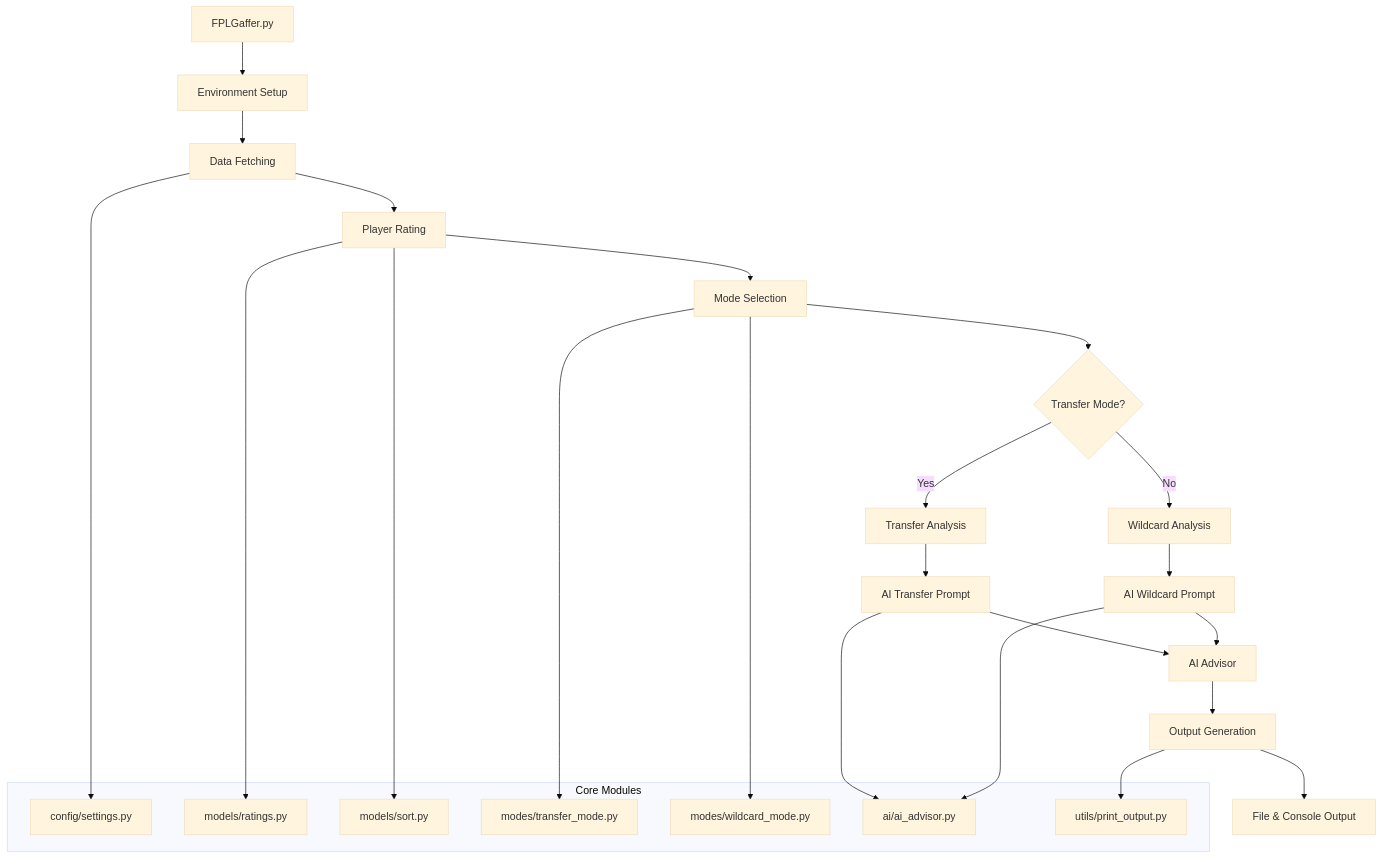
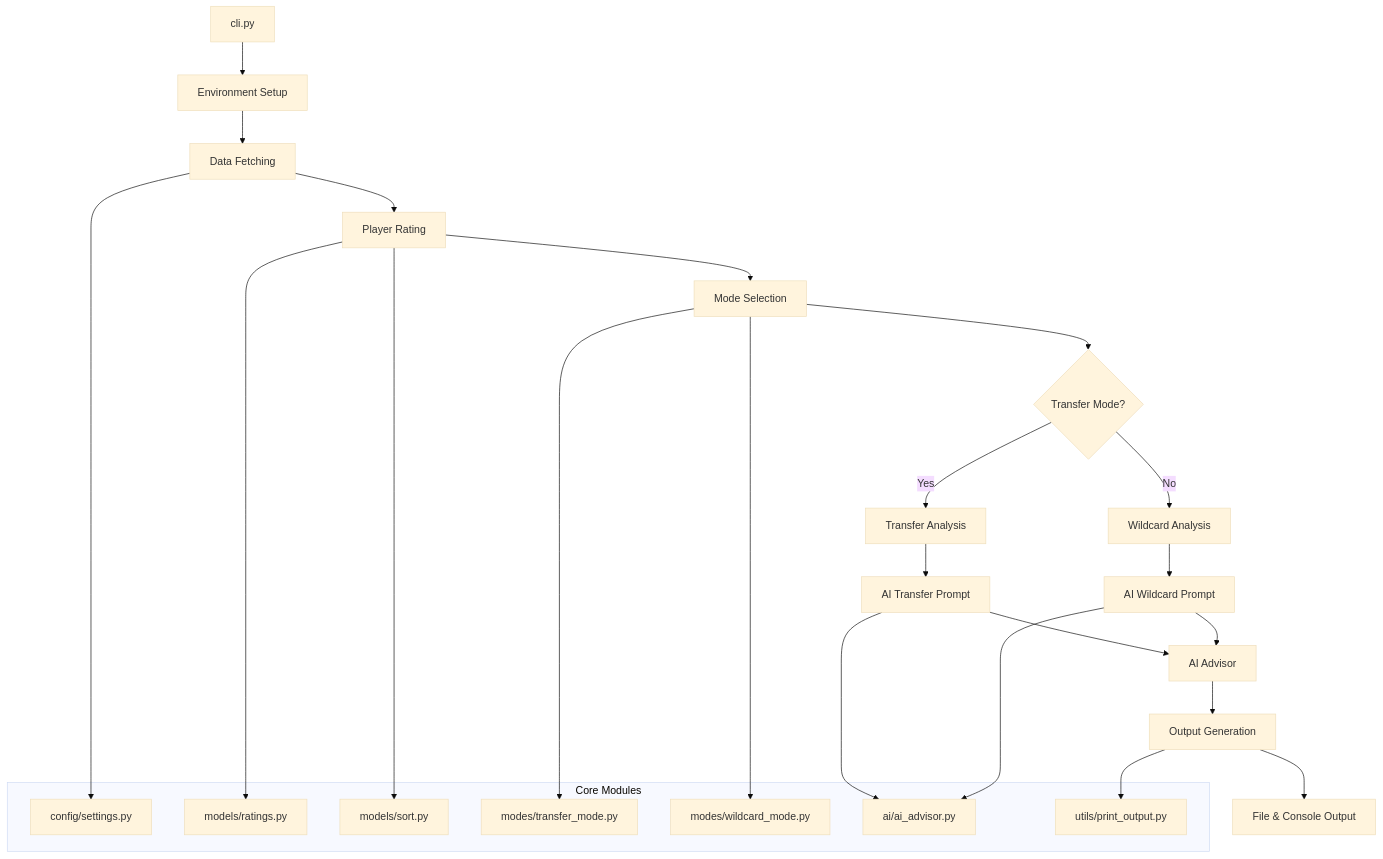
The first of 2 diagrams in docs/ARCHITECTURE_REFERENCE.md (hutchybop/FPLGaffer), drawn with Mermaid (base theme) before and after one commit. The commit also changed other lines of this file and 6 other files, not shown here.

````diff
--- a/docs/ARCHITECTURE_REFERENCE.md
+++ b/docs/ARCHITECTURE_REFERENCE.md
@@ -14,35 +14,35 @@
 ```mermaid
 graph TD
-    A[FPLGaffer.py] --> B[Environment Setup]
+    A[cli.py] --> B[Environment Setup]
     B --> C[Data Fetching]
     C --> D[Player Rating]
     D --> E[Mode Selection]
     E --> F{Transfer Mode?}
     F -->|Yes| G[Transfer Analysis]
     F -->|No| H[Wildcard Analysis]
     G --> I[AI Transfer Prompt]
     H --> J[AI Wildcard Prompt]
     I --> K[AI Advisor]
     J --> K
     K --> L[Output Generation]
     L --> M[File & Console Output]
     
     subgraph "Core Modules"
         N[config/settings.py]
         O[models/ratings.py]
         P[models/sort.py]
         Q[modes/transfer_mode.py]
         R[modes/wildcard_mode.py]
         S[ai/ai_advisor.py]
         T[utils/print_output.py]
     end
     
     C --> N
     D --> O
     D --> P
     E --> Q
     E --> R
     I --> S
     J --> S
     L --> T
 ```
````
